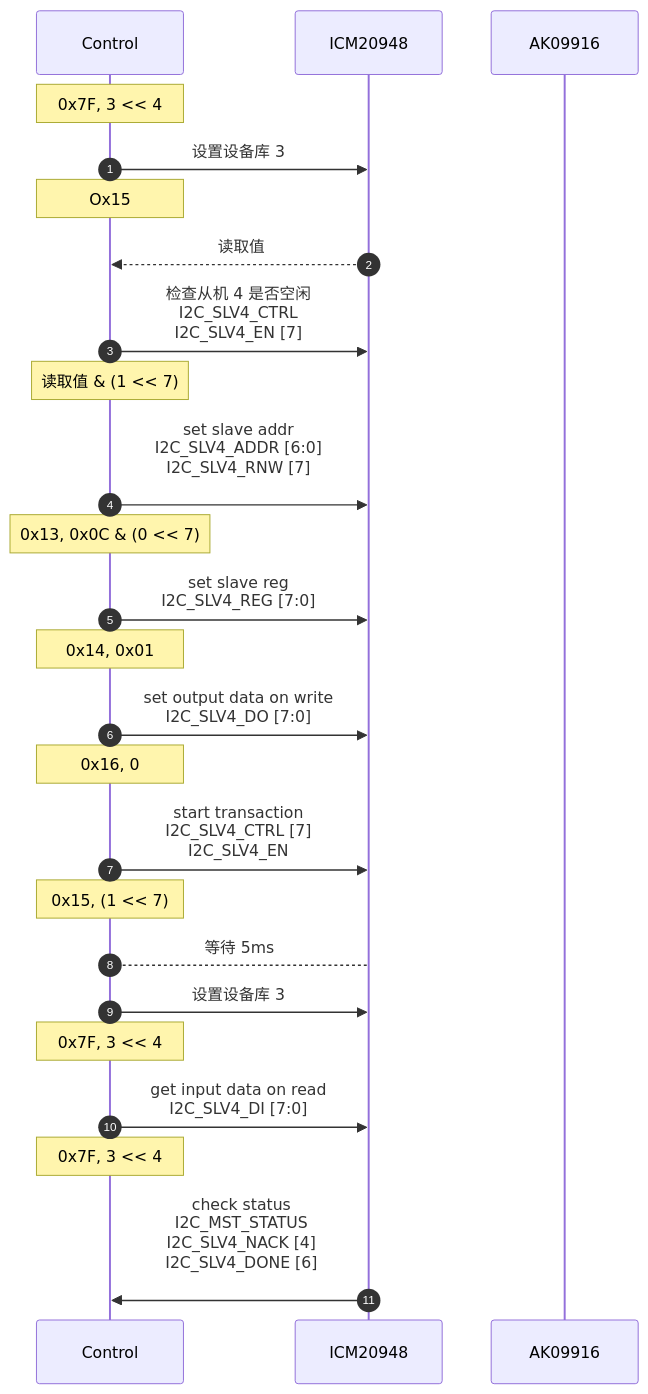
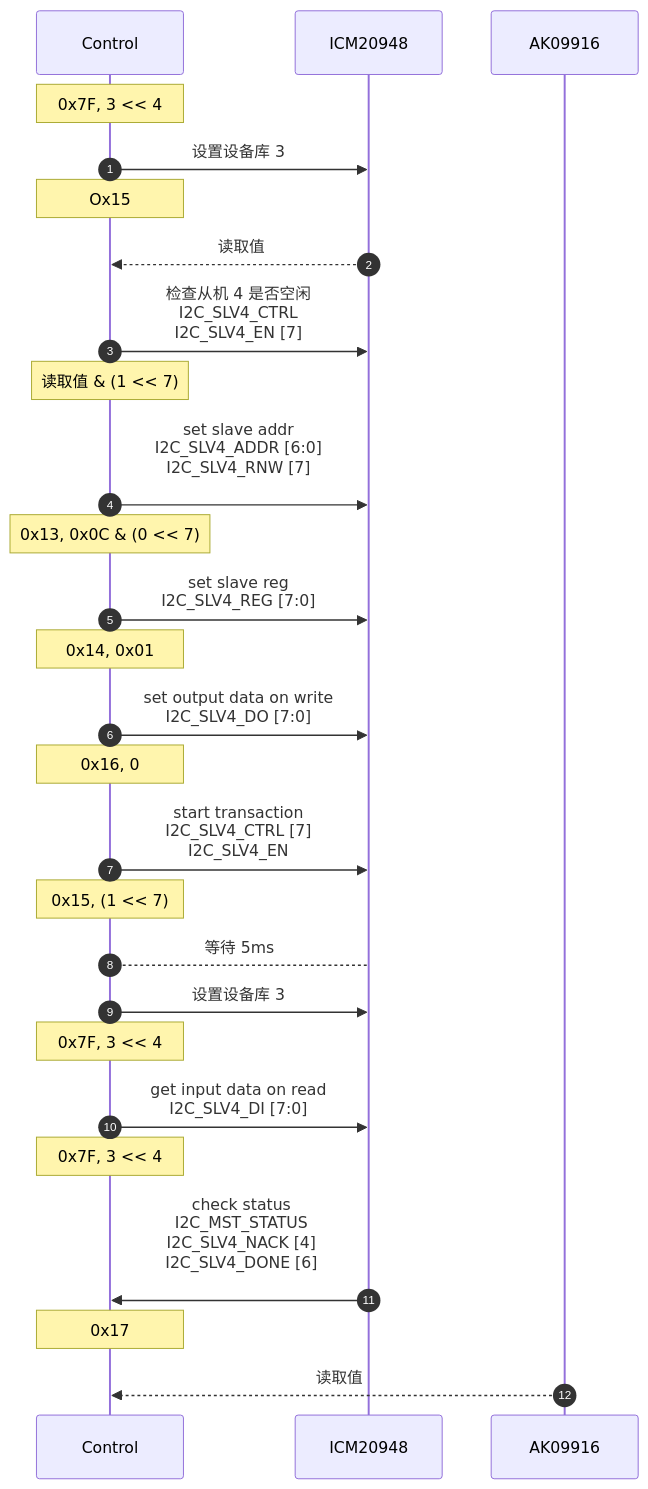
Before and after one commit to hkdickyko/hkdickyko.github.io: the sixth of 6 diagrams in _posts/2025-04-06-mdchart.md, drawn with Mermaid.

```diff
--- a/_posts/2025-04-06-mdchart.md
+++ b/_posts/2025-04-06-mdchart.md
@@ -282,29 +282,31 @@
 <div class="mermaid">
 sequenceDiagram;
    autonumber;
    participant C as Control;
    participant I as ICM20948;
    participant A as AK09916;
    note over C: 0x7F, 3 << 4;
    C->>I: 设置设备库 3;
    note over C: Ox15
    I-->>C: 读取值;
    C->>I: 检查从机 4 是否空闲<br/>I2C_SLV4_CTRL<br/>I2C_SLV4_EN [7];
    note over C: 读取值 & (1 << 7);
    C->>I: set slave addr<br/>I2C_SLV4_ADDR [6:0]<br/>I2C_SLV4_RNW [7]<br/>;
    note over C: 0x13, 0x0C & (0 << 7);
    C->>I: set slave reg<br/>I2C_SLV4_REG [7:0];
    note over C: 0x14, 0x01;   
    C->>I: set output data on write<br/>I2C_SLV4_DO [7:0];
    note over C: 0x16, 0; 
    C->>I: start transaction<br/>I2C_SLV4_CTRL [7] <br/>I2C_SLV4_EN;
    note over C: 0x15, (1 << 7);   
    C-->I: 等待 5ms;
    C->>I: 设置设备库 3;
    note over C: 0x7F, 3 << 4;
    C->>I: get input data on read<br/>I2C_SLV4_DI [7:0];
    note over C: 0x7F, 3 << 4;
    I->>C: check status<br/>I2C_MST_STATUS<br/>I2C_SLV4_NACK [4]<br/>I2C_SLV4_DONE [6]<br/>;
+   note over C: 0x17;
+   A-->>C: 读取值; 
 
 
 </div>
```
